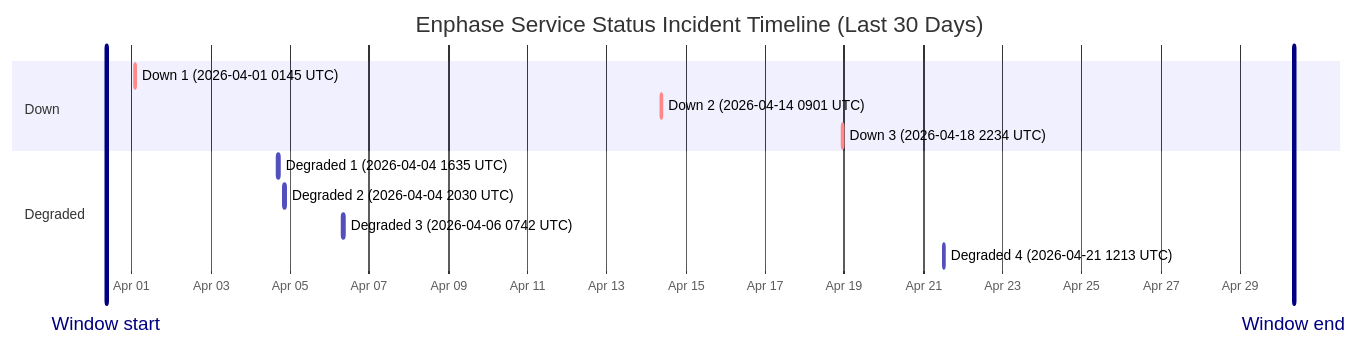
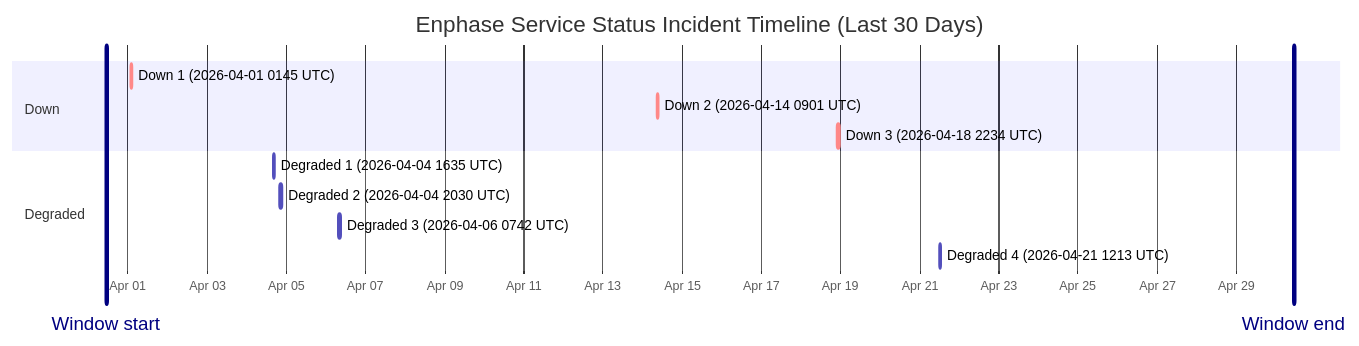
Before and after one commit to barneyonline/ha-enphase-ev-charger: the diagram in wiki/Service-Status-History.md, drawn with Mermaid. The commit also changed other lines of this file and 3 other files, not shown here.

````diff
--- a/wiki/Service-Status-History.md
+++ b/wiki/Service-Status-History.md
@@ -14,17 +14,17 @@
 ```mermaid
 gantt
     title Enphase Service Status Incident Timeline (Last 30 Days)
     dateFormat  YYYY-MM-DDTHH:mm:ss
     axisFormat  %b %d
-    Window start :vert, window-start, 2026-03-31T08:31:35, 0ms
-    Window end :vert, window-end, 2026-04-30T08:31:35, 0ms
+    Window start :vert, window-start, 2026-03-31T10:54:31, 0ms
+    Window end :vert, window-end, 2026-04-30T10:54:31, 0ms
     section Down
     Down 1 (2026-04-01 0145 UTC) :crit, down-1, 2026-04-01T01:45:09, 60m
     Down 2 (2026-04-14 0901 UTC) :crit, down-2, 2026-04-14T09:01:13, 60m
     Down 3 (2026-04-18 2234 UTC) :crit, down-3, 2026-04-18T22:34:13, 60m
     section Degraded
     Degraded 1 (2026-04-04 1635 UTC) :active, degraded-1, 2026-04-04T16:35:17, 60m
     Degraded 2 (2026-04-04 2030 UTC) :active, degraded-2, 2026-04-04T20:30:40, 60m
     Degraded 3 (2026-04-06 0742 UTC) :active, degraded-3, 2026-04-06T07:42:09, 85m
     Degraded 4 (2026-04-21 1213 UTC) :active, degraded-4, 2026-04-21T12:13:11, 60m
 ```
````
